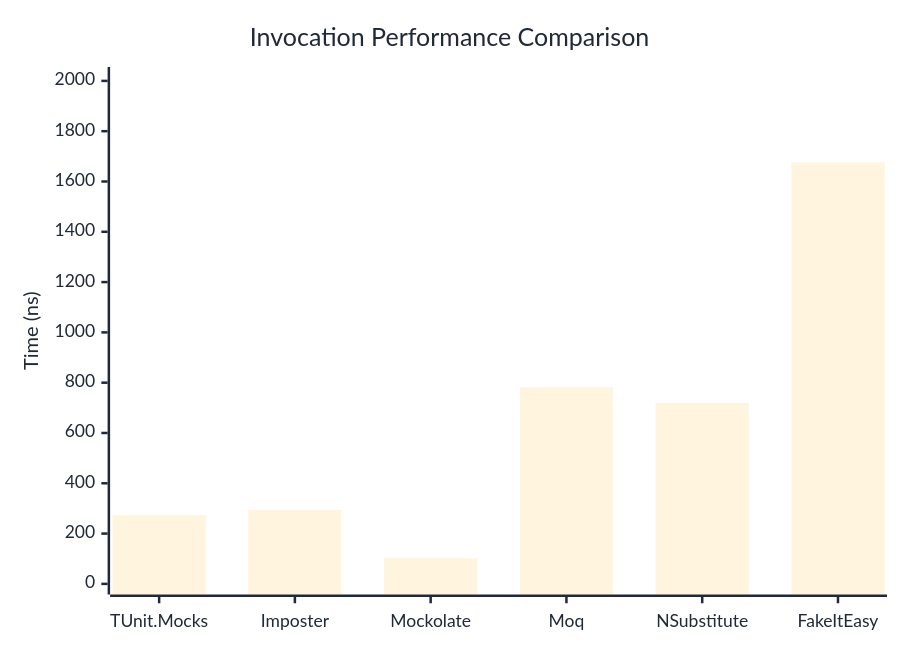
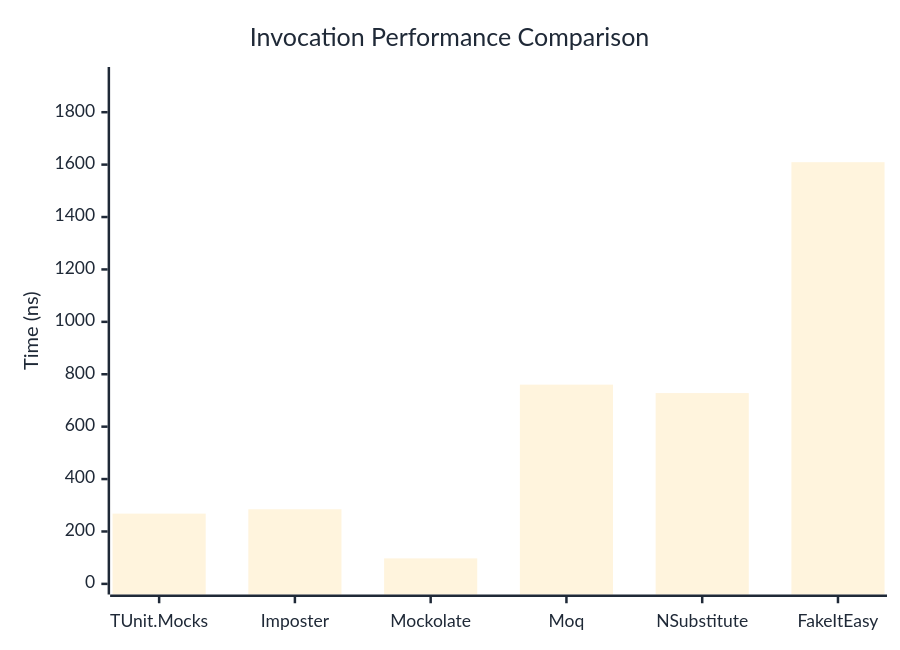
One commit to thomhurst/TUnit changed the first of 3 diagrams in docs/docs/benchmarks/mocks/Invocation.md. Above: the diagram before and after it, drawn with Mermaid. The commit also changed other lines of this file and 14 other files, not shown here.

````diff
--- a/docs/docs/benchmarks/mocks/Invocation.md
+++ b/docs/docs/benchmarks/mocks/Invocation.md
@@ -30,27 +30,27 @@
 ```mermaid
 %%{init: {
   'theme':'base',
   'themeVariables': {
     'primaryColor': '#2563eb',
     'primaryTextColor': '#1f2937',
     'primaryBorderColor': '#1e40af',
     'lineColor': '#6b7280',
     'secondaryColor': '#7c3aed',
     'tertiaryColor': '#dc2626',
     'background': '#ffffff',
     'pie1': '#2563eb',
     'pie2': '#7c3aed',
     'pie3': '#dc2626',
     'pie4': '#f59e0b',
     'pie5': '#10b981',
     'pie6': '#06b6d4',
     'pie7': '#ec4899',
     'pie8': '#6366f1'
   }
 }}%%
 xychart-beta
   title "Invocation Performance Comparison"
   x-axis ["TUnit.Mocks", "Imposter", "Mockolate", "Moq", "NSubstitute", "FakeItEasy"]
-  y-axis "Time (ns)" 0 --> 2013
-  bar [273.1, 294.26, 101.89, 781.84, 718.88, 1676.72]
+  y-axis "Time (ns)" 0 --> 1932
+  bar [268.09, 284.71, 97.26, 760.37, 728.19, 1609.26]
 ```
````
